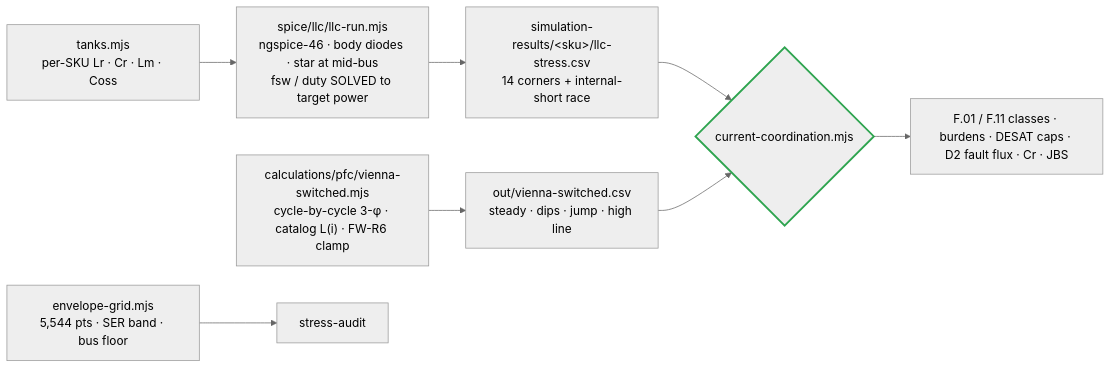
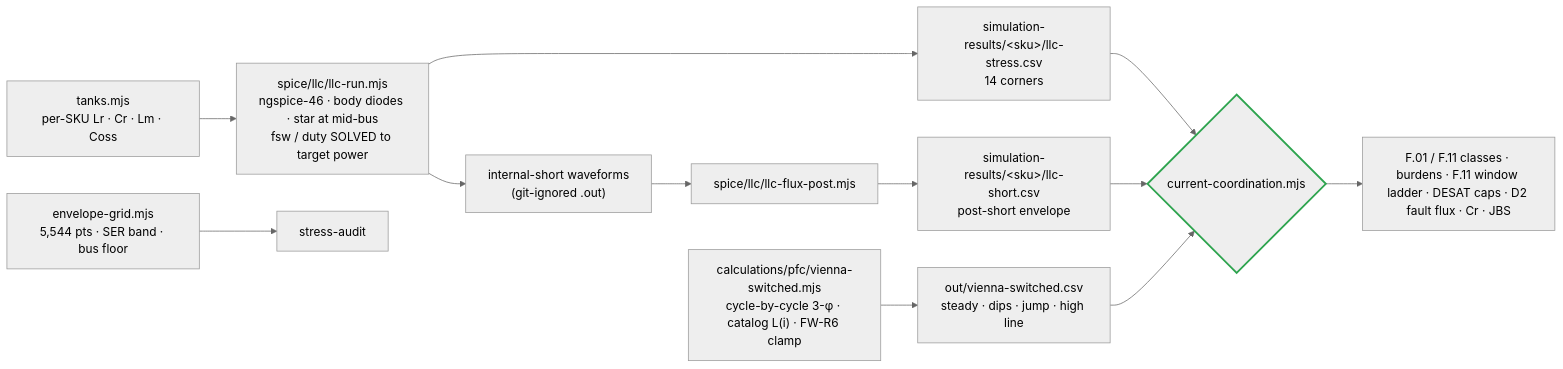
Before and after one commit to vectivolt/DC-Modules: the second of 4 diagrams in docs/current-coordination.md, drawn with Mermaid (neutral theme). The commit also changed other lines of this file and 41 other files, not shown here.

````diff
--- a/docs/current-coordination.md
+++ b/docs/current-coordination.md
@@ -70,11 +81,15 @@
 ```mermaid
 flowchart LR
   T["tanks.mjs<br/>per-SKU Lr · Cr · Lm · Coss"] --> R["spice/llc/llc-run.mjs<br/>ngspice-46 · body diodes · star at mid-bus<br/>fsw / duty SOLVED to target power"]
-  R --> C1["simulation-results/&lt;sku&gt;/llc-stress.csv<br/>14 corners + internal-short race"]
+  R --> C1["simulation-results/&lt;sku&gt;/llc-stress.csv<br/>14 corners"]
+  R --> W["internal-short waveforms<br/>(git-ignored .out)"]
+  W --> FP["spice/llc/llc-flux-post.mjs"]
+  FP --> C3["simulation-results/&lt;sku&gt;/llc-short.csv<br/>post-short envelope"]
   V["calculations/pfc/vienna-switched.mjs<br/>cycle-by-cycle 3-φ · catalog L(i) · FW-R6 clamp"] --> C2["out/vienna-switched.csv<br/>steady · dips · jump · high line"]
   G["envelope-grid.mjs<br/>5,544 pts · SER band · bus floor"] --> SA["stress-audit"]
   C1 --> CC{"current-coordination.mjs"}
+  C3 --> CC
   C2 --> CC
-  CC --> OUT["F.01 / F.11 classes · burdens · DESAT caps · D2 fault flux · Cr · JBS"]
+  CC --> OUT["F.01 / F.11 classes · burdens · F.11 window ladder · DESAT caps · D2 fault flux · Cr · JBS"]
   style CC stroke:#2ea44f,stroke-width:2.5px
 ```
````
